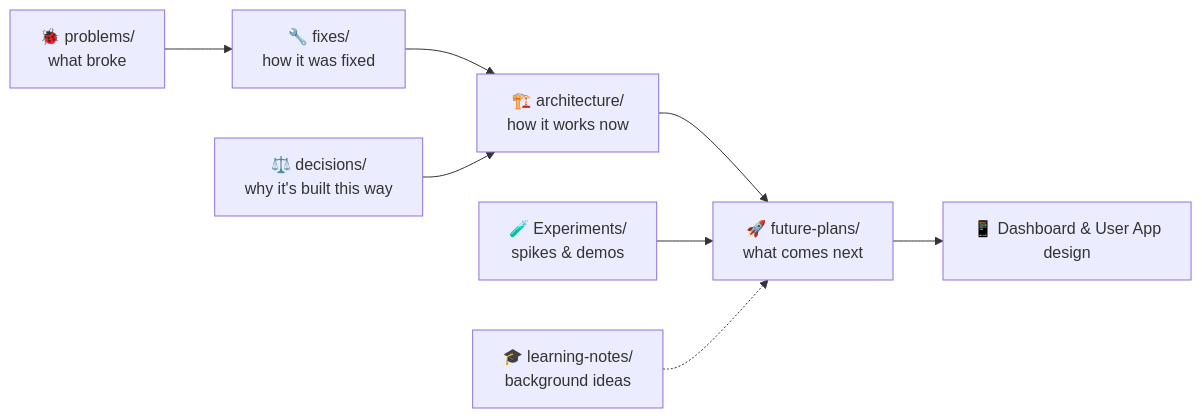
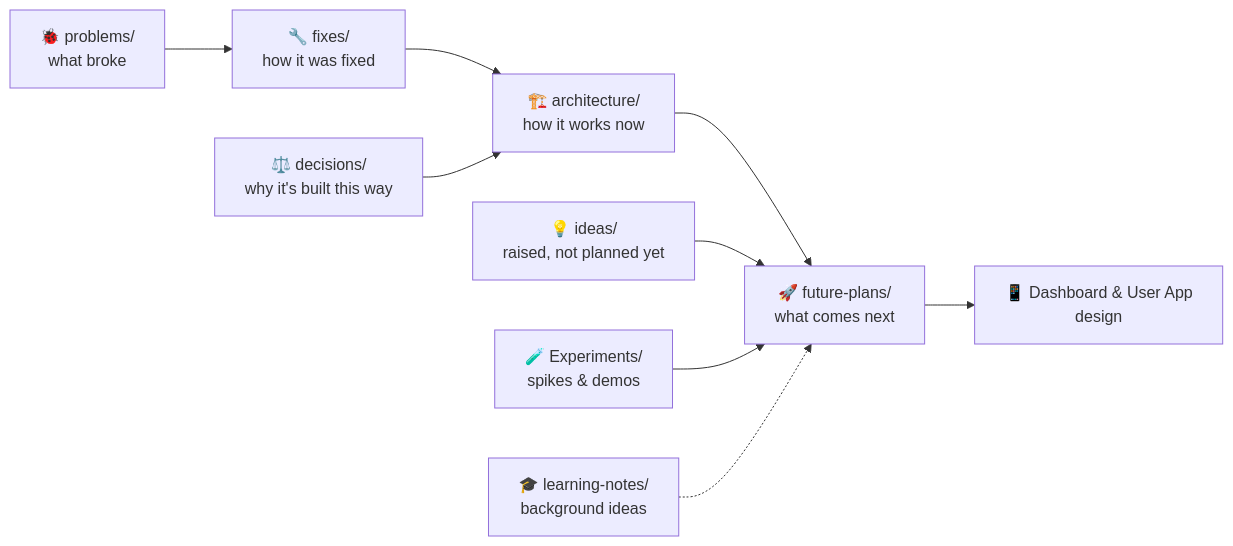
Before and after one commit to shobhit157/Aperture: the first of 2 diagrams in docs/README.md, drawn with Mermaid. The commit also changed other lines of this file, not shown here.

````diff
--- a/docs/README.md
+++ b/docs/README.md
@@ -21,10 +21,11 @@
 ```mermaid
 flowchart LR
     P["🐞 problems/<br/>what broke"] --> F["🔧 fixes/<br/>how it was fixed"]
     F --> A["🏗️ architecture/<br/>how it works now"]
     D["⚖️ decisions/<br/>why it's built this way"] --> A
     A --> FP["🚀 future-plans/<br/>what comes next"]
+    I["💡 ideas/<br/>raised, not planned yet"] --> FP
     E["🧪 Experiments/<br/>spikes & demos"] --> FP
     L["🎓 learning-notes/<br/>background ideas"] -.-> FP
     FP --> U["📱 Dashboard & User App<br/>design"]
 ```
````
